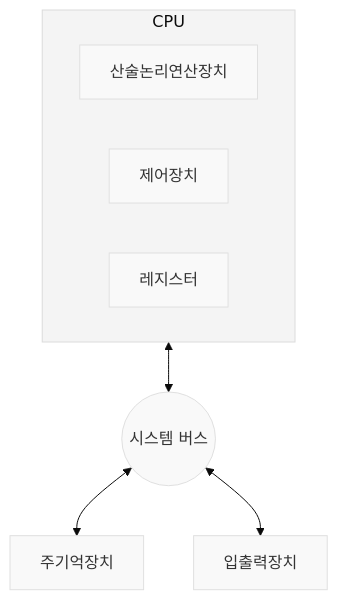
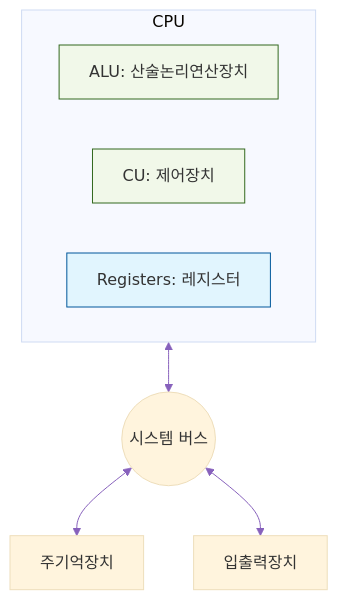
Before and after one commit to jusasa/jusasa.github.io: the first of 2 diagrams in content/computer_architecture/01_overview.md, drawn with Mermaid. The commit also changed other lines of this file and 8 other files, not shown here.

Commit message:
mermaid가 안보이던 현상 수정 및 과목별 meta.json 수정

````diff
--- a/content/computer_architecture/01_overview.md
+++ b/content/computer_architecture/01_overview.md
@@ -16,12 +16,16 @@
 ```mermaid
-%%{init: {'theme': 'base', 'themeVariables': { 'primaryColor': '#f9f9f9', 'edgeLabelBackground':'#ffffff', 'tertiaryColor': '#f4f4f4'}}}%%
+%%{init: {'theme': 'base', 'themeVariables': { 'lineColor': '#8761bc'}}}%%
 graph TD
     subgraph CPU
-        ALU[산술논리연산장치]
-        CU[제어장치]
-        REG[레지스터]
+        ALU[ALU: 산술논리연산장치]
+        CU[CU: 제어장치]
+        REG[Registers: 레지스터]
     end
     CPU <--> Bus((시스템 버스))
     Bus <--> Memory[주기억장치]
     Bus <--> IO[입출력장치]
+
+    style ALU fill:#f1f8e9,stroke:#33691e
+    style CU fill:#f1f8e9,stroke:#33691e
+    style REG fill:#e1f5fe,stroke:#01579b
 ```
````
